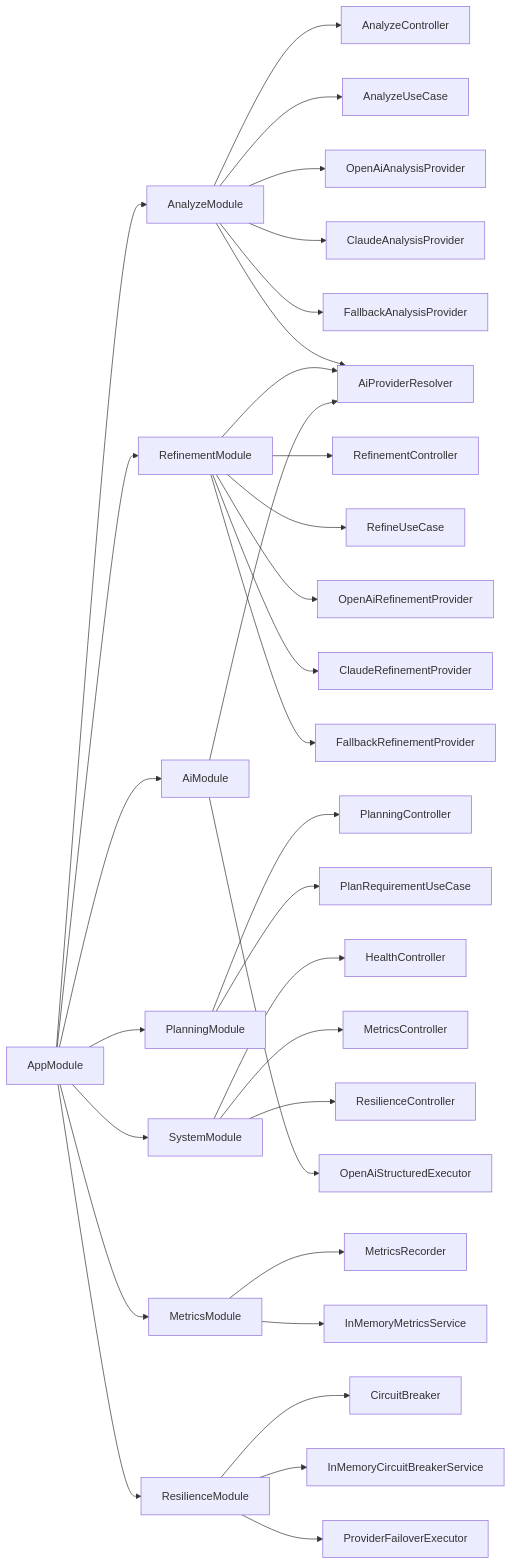
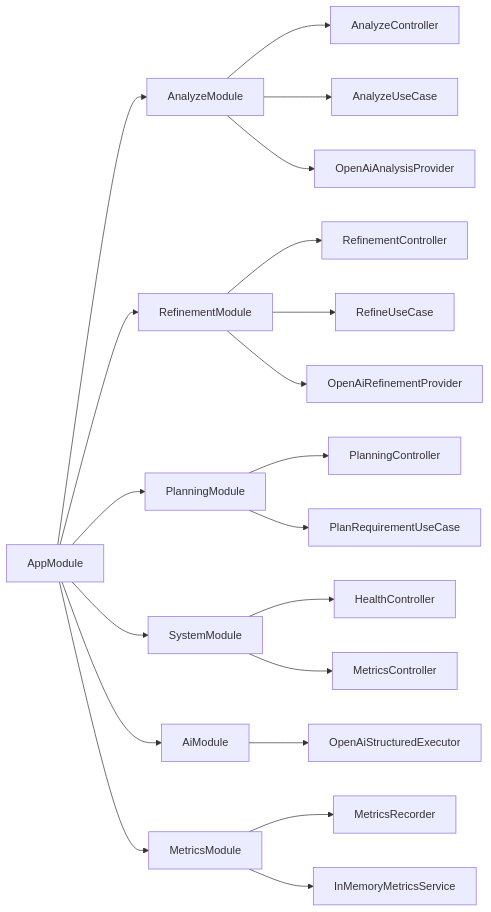
The diagram in docs/diagrams/module-diagram.md (gustavoarielms/ai-orchestrator), drawn with Mermaid before and after one commit. The commit also changed 38 other files, not shown here.

First line of the commit message:
refactor(ai): remove Claude provider and simplify to single OpenAI runtime

````diff
--- a/docs/diagrams/module-diagram.md
+++ b/docs/diagrams/module-diagram.md
@@ -3,41 +3,28 @@
 ```mermaid
 flowchart LR
     AppModule --> AnalyzeModule
     AppModule --> RefinementModule
     AppModule --> PlanningModule
     AppModule --> SystemModule
     AppModule --> AiModule
     AppModule --> MetricsModule
-    AppModule --> ResilienceModule
 
     AnalyzeModule --> AnalyzeController
     AnalyzeModule --> AnalyzeUseCase
     AnalyzeModule --> OpenAiAnalysisProvider
-    AnalyzeModule --> ClaudeAnalysisProvider
-    AnalyzeModule --> FallbackAnalysisProvider
-    AnalyzeModule --> AiProviderResolver
 
     RefinementModule --> RefinementController
     RefinementModule --> RefineUseCase
     RefinementModule --> OpenAiRefinementProvider
-    RefinementModule --> ClaudeRefinementProvider
-    RefinementModule --> FallbackRefinementProvider
-    RefinementModule --> AiProviderResolver
 
-    AiModule --> AiProviderResolver
     AiModule --> OpenAiStructuredExecutor
 
     PlanningModule --> PlanningController
     PlanningModule --> PlanRequirementUseCase
 
     SystemModule --> HealthController
     SystemModule --> MetricsController
-    SystemModule --> ResilienceController
 
     MetricsModule --> MetricsRecorder
     MetricsModule --> InMemoryMetricsService
-
-    ResilienceModule --> CircuitBreaker
-    ResilienceModule --> InMemoryCircuitBreakerService
-    ResilienceModule --> ProviderFailoverExecutor
 ```
````
